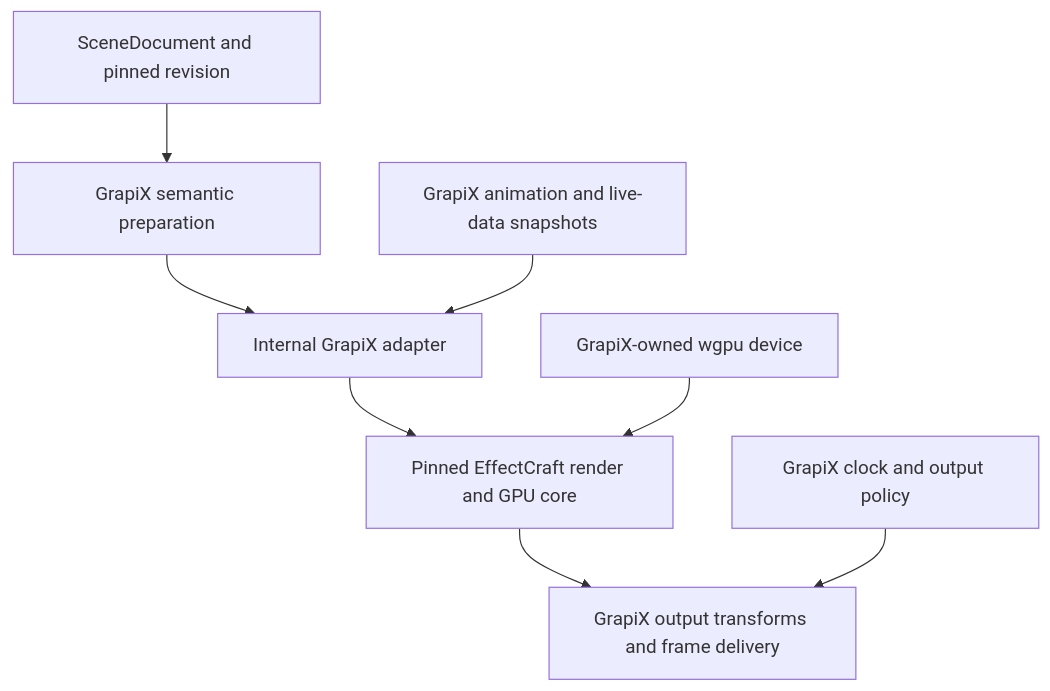
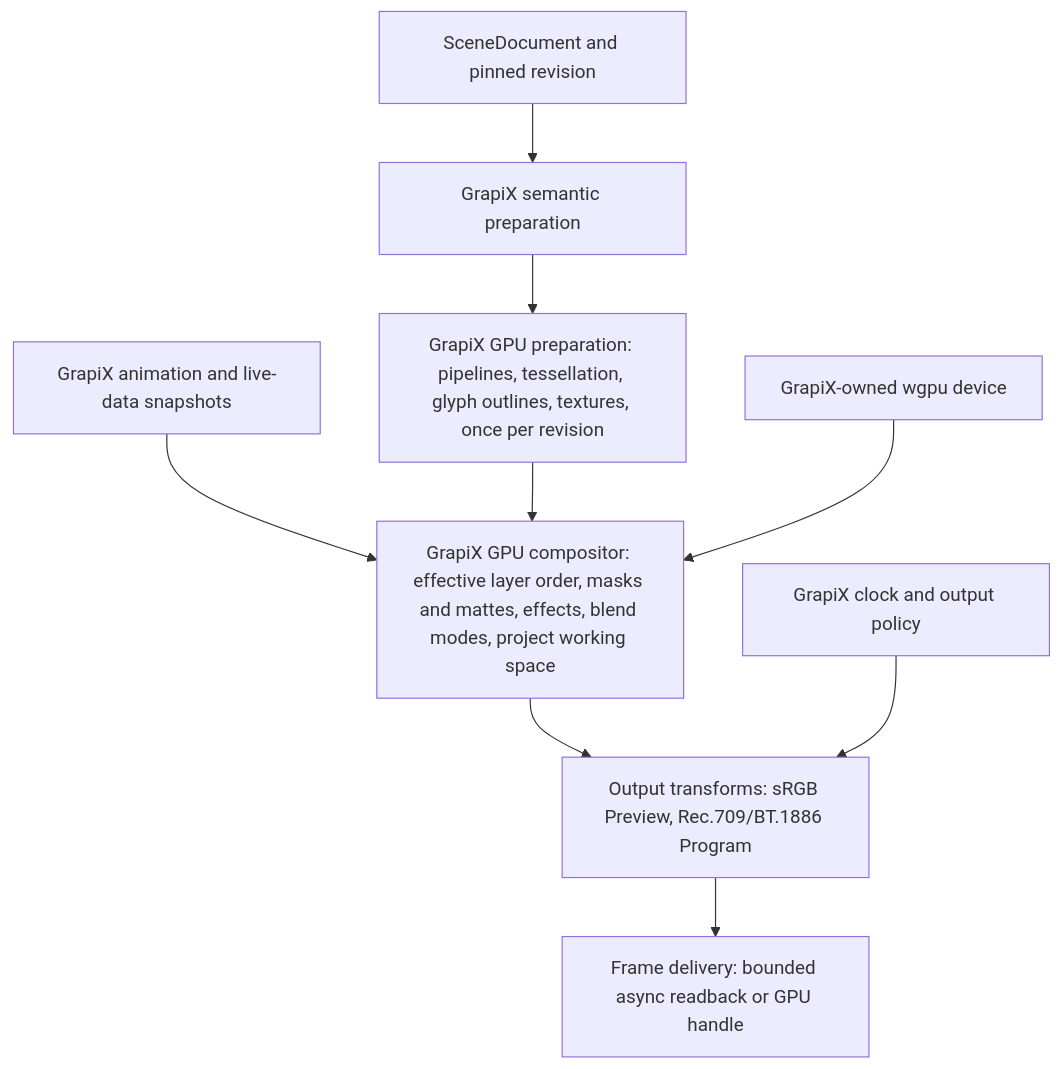
Before and after one commit to VamsiVilla001/GrapiX: the diagram in docs/adr/0003-effectcraft-render-core.md, drawn with Mermaid. The commit also changed other lines of this file and 8 other files, not shown here.

First line of the commit message:
docs(plan): GPU-first GrapiX-owned render core; colour follows the project

````diff
--- a/docs/adr/0003-effectcraft-render-core.md
+++ b/docs/adr/0003-effectcraft-render-core.md
@@ -73,10 +59,11 @@
 ```mermaid
 flowchart TB
   S[SceneDocument and pinned revision] --> P[GrapiX semantic preparation]
-  P --> A[Internal GrapiX adapter]
-  R[GrapiX animation and live-data snapshots] --> A
-  A --> E[Pinned EffectCraft render and GPU core]
-  D[GrapiX-owned wgpu device] --> E
-  E --> O[GrapiX output transforms and frame delivery]
-  C[GrapiX clock and output policy] --> O
+  P --> G[GrapiX GPU preparation: pipelines, tessellation, glyph outlines, textures, once per revision]
+  R[GrapiX animation and live-data snapshots] --> C
+  G --> C[GrapiX GPU compositor: effective layer order, masks and mattes, effects, blend modes, project working space]
+  D[GrapiX-owned wgpu device] --> C
+  C --> O[Output transforms: sRGB Preview, Rec.709/BT.1886 Program]
+  K[GrapiX clock and output policy] --> O
+  O --> F[Frame delivery: bounded async readback or GPU handle]
 ```
````
